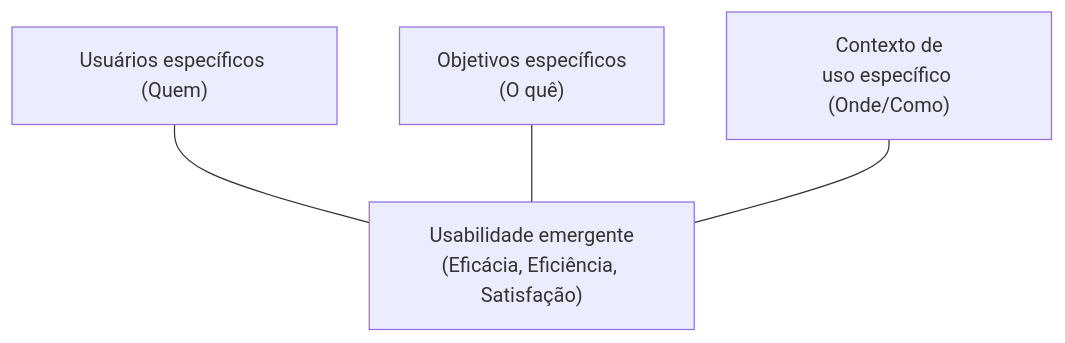
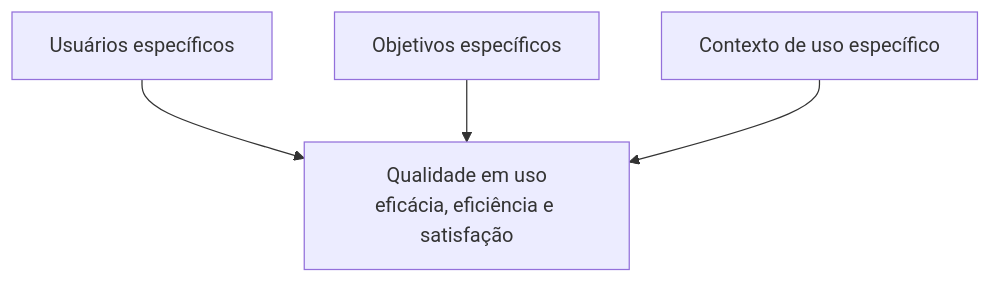
One commit to leorruas/puc changed the first of 3 diagrams in 08. Design de Interacao/12. Modelagem de usuário - perfil, persona e mapa de empatia.md. Above: the diagram before and after it, drawn with Mermaid. The commit also changed other lines of this file, not shown here.

````diff
--- a/08. Design de Interacao/12. Modelagem de usuário - perfil, persona e mapa de empatia.md
+++ b/08. Design de Interacao/12. Modelagem de usuário - perfil, persona e mapa de empatia.md
@@ -53,6 +53,11 @@
 ```mermaid
 flowchart TD
-    A["Usuários específicos (Quem)"] --- D["Usabilidade emergente<br>(Eficácia, Eficiência, Satisfação)"]
-    B["Objetivos específicos<br>(O quê)"] --- D
-    C["Contexto de<br>uso específico (Onde/Como)"] --- D
+    Usuario["Usuários específicos"]:::external
+    Objetivos["Objetivos específicos"]:::component
+    Contexto["Contexto de uso específico"]:::component
+    Uso["Qualidade em uso<br>eficácia, eficiência e satisfação"]:::core
+
+    Usuario --> Uso
+    Objetivos --> Uso
+    Contexto --> Uso
 ```
````
